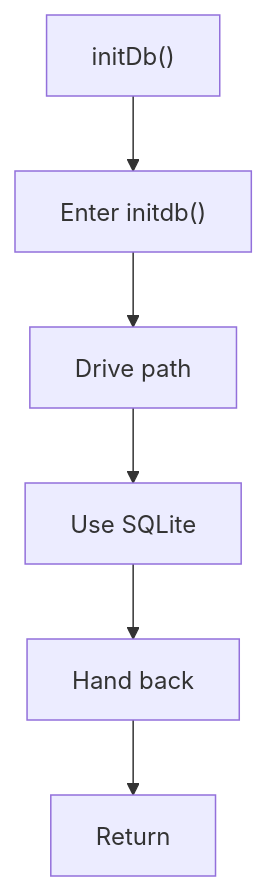
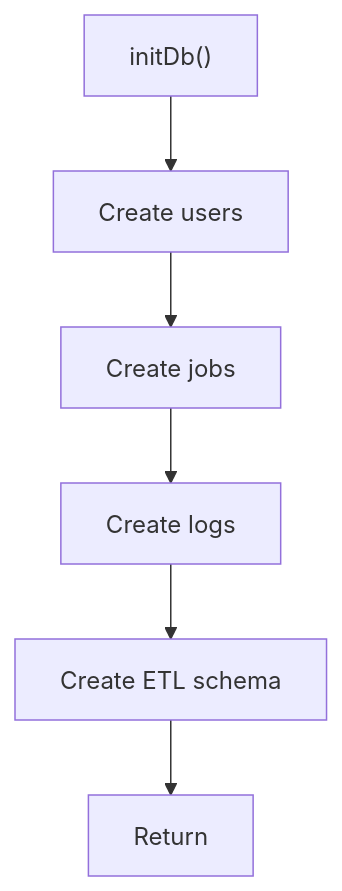
The second of 2 diagrams in docs/Codebase/Backend/src/db/initDb.js.md (JohnAndrewBalbarosa/NeoTerritory), drawn with Mermaid before and after one commit. The commit also changed other lines of this file and 925 other files, not shown here.

````diff
--- a/docs/Codebase/Backend/src/db/initDb.js.md
+++ b/docs/Codebase/Backend/src/db/initDb.js.md
@@ -66,14 +66,14 @@
 ```mermaid
 flowchart TD
     Start["initDb()"]
-    N0["Enter initdb()"]
-    N1["Drive path"]
-    N2["Use SQLite"]
-    N3["Hand back"]
+    N0["Create users"]
+    N1["Create jobs"]
+    N2["Create logs"]
+    N3["Create ETL schema"]
     End["Return"]
     Start --> N0
     N0 --> N1
     N1 --> N2
     N2 --> N3
     N3 --> End
 ```
````
